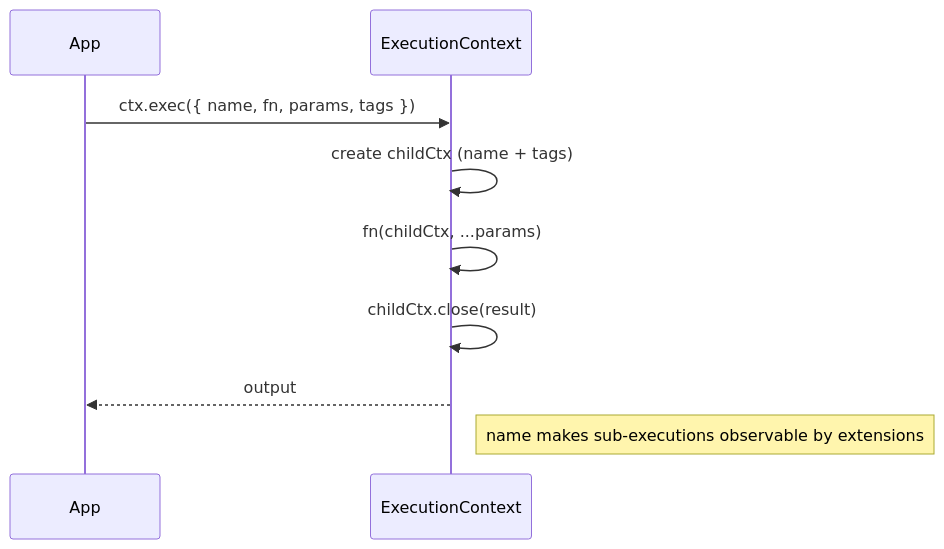
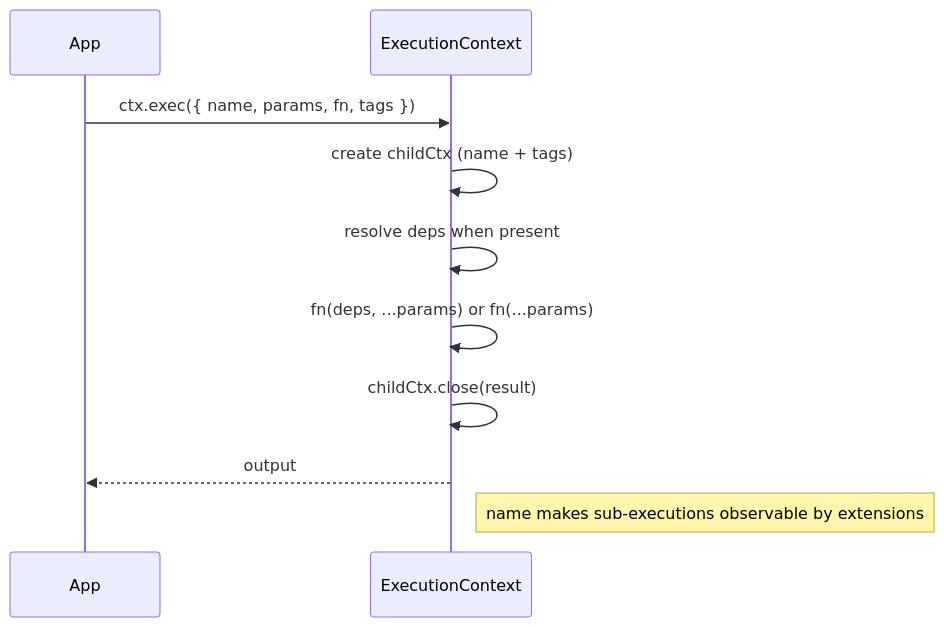
Before and after one commit to pumped-fn/pumped-fn: diagram 11 of 12 in pkg/core/lite/PATTERNS.md, drawn with Mermaid. The commit also changed other lines of this file and 220 other files, not shown here.

````diff
--- a/pkg/core/lite/PATTERNS.md
+++ b/pkg/core/lite/PATTERNS.md
@@ -433,12 +448,13 @@
 ```mermaid
 sequenceDiagram
     participant App
     participant Ctx as ExecutionContext
 
-    App->>Ctx: ctx.exec({ name, fn, params, tags })
+    App->>Ctx: ctx.exec({ name, params, fn, tags })
     Ctx->>Ctx: create childCtx (name + tags)
-    Ctx->>Ctx: fn(childCtx, ...params)
+    Ctx->>Ctx: resolve deps when present
+    Ctx->>Ctx: fn(deps, ...params) or fn(...params)
     Ctx->>Ctx: childCtx.close(result)
     Ctx-->>App: output
     Note right of Ctx: name makes sub-executions observable by extensions
 ```
````
